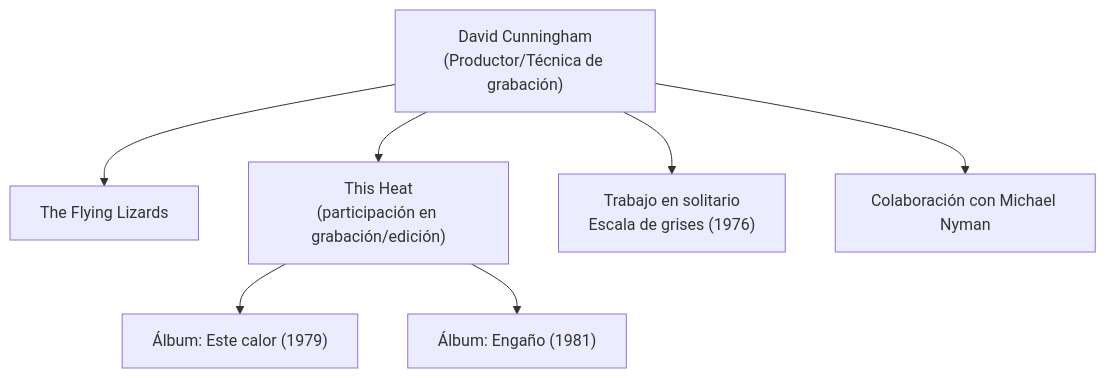
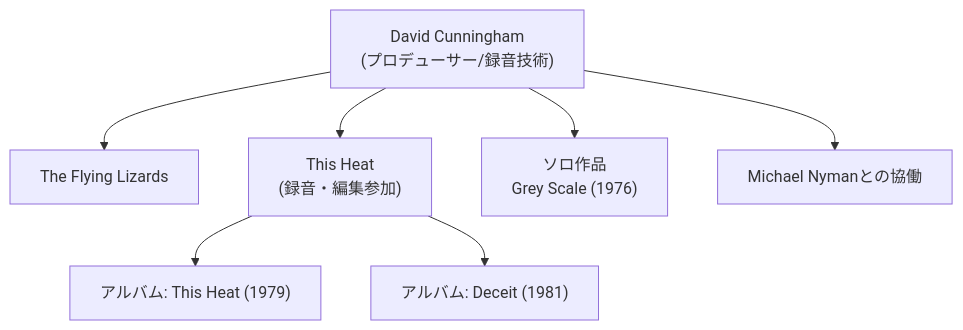
The diagram in es/_posts/2025-09-27-Column-David-Cunningham-This-Heat.md (monumental-movement/monumental-movement.github.io), drawn with Mermaid before and after one commit. The commit also changed other lines of this file and 299 other files, not shown here.

```diff
--- a/es/_posts/2025-09-27-Column-David-Cunningham-This-Heat.md
+++ b/es/_posts/2025-09-27-Column-David-Cunningham-This-Heat.md
@@ -164,9 +164,9 @@
 <div class="mermaid">
 flowchart TD
-    A["David Cunningham<br>(Productor/Técnica de grabación)"] --> B["The Flying Lizards"]
-    A --> C["This Heat<br>(participación en grabación/edición)"]
-    C --> D["Álbum: Este calor (1979)"]
-    C --> E["Álbum: Engaño (1981)"]
-    A --> F["Trabajo en solitario<br>Escala de grises (1976)"]
-    A --> G["Colaboración con Michael Nyman"]
+    A["David Cunningham<br>(プロデューサー/録音技術)"] --> B["The Flying Lizards"]
+    A --> C["This Heat<br>(録音・編集参加)"]
+    C --> D["アルバム: This Heat (1979)"]
+    C --> E["アルバム: Deceit (1981)"]
+    A --> F["ソロ作品<br>Grey Scale (1976)"]
+    A --> G["Michael Nymanとの協働"]
 </div>
```
